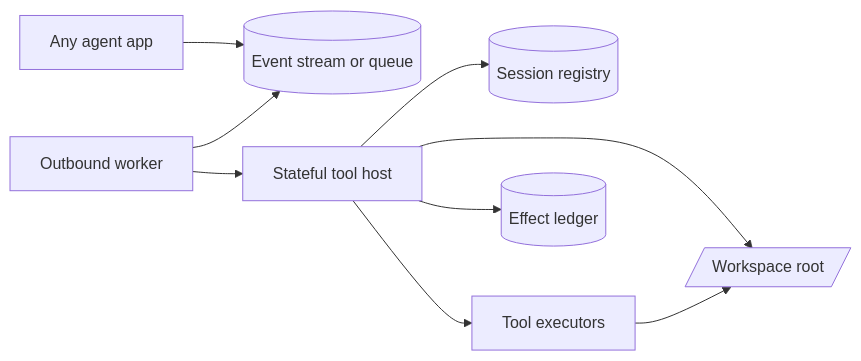
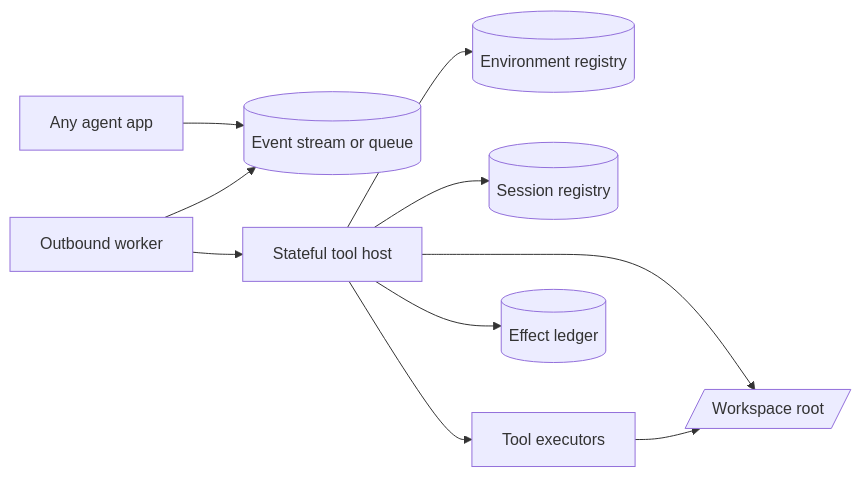
One commit to nishiokj/substrate changed the first of 2 diagrams in docs/architecture.md. Above: the diagram before and after it, drawn with Mermaid. The commit also changed other lines of this file and 23 other files, not shown here.

````diff
--- a/docs/architecture.md
+++ b/docs/architecture.md
@@ -7,14 +7,15 @@
 ```mermaid
 flowchart LR
     AgentApp[Any agent app] --> Broker[(Event stream or queue)]
 
     Worker[Outbound worker] --> Broker
     Worker --> Host[Stateful tool host]
 
+    Host --> Environments[(Environment registry)]
     Host --> Sessions[(Session registry)]
     Host --> Workspace[/Workspace root/]
     Host --> Tools[Tool executors]
     Host --> Ledger[(Effect ledger)]
 
     Tools --> Workspace
 ```
````
